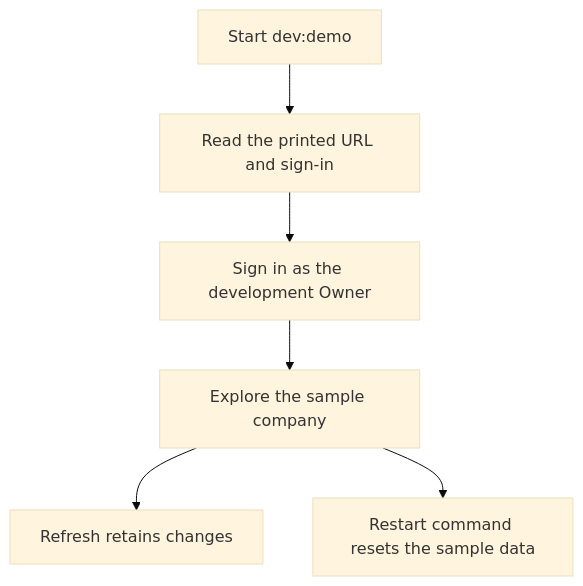
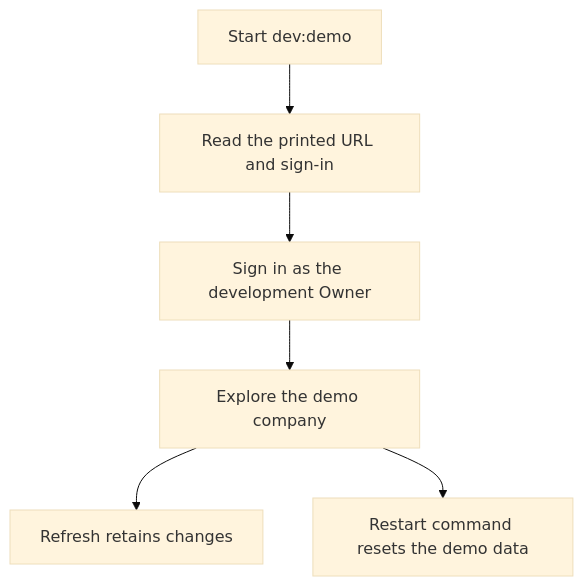
Before and after one commit to Kevinjohn/capacitylens: the first of 2 diagrams in user-stories/data/US-DAT-06-seed-and-no-reseed.md, drawn with Mermaid (base theme). The commit also changed other lines of this file and 24 other files, not shown here.

First line of the commit message:
Example data or demo, not sample data: align prose and test titles

````diff
--- a/user-stories/data/US-DAT-06-seed-and-no-reseed.md
+++ b/user-stories/data/US-DAT-06-seed-and-no-reseed.md
@@ -21,8 +21,8 @@
 ```mermaid
 flowchart TD
   command["Start dev:demo"] --> ready["Read the printed URL and sign-in"]
   ready --> signin["Sign in as the development Owner"]
-  signin --> company["Explore the sample company"]
+  signin --> company["Explore the demo company"]
   company --> refresh["Refresh retains changes"]
-  company --> restart["Restart command resets the sample data"]
+  company --> restart["Restart command resets the demo data"]
 ```
````
